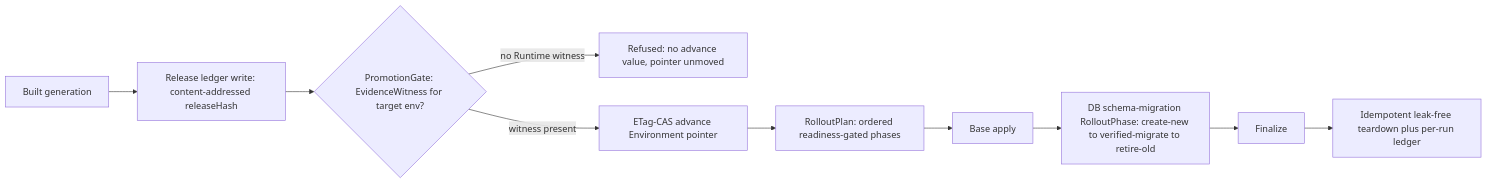
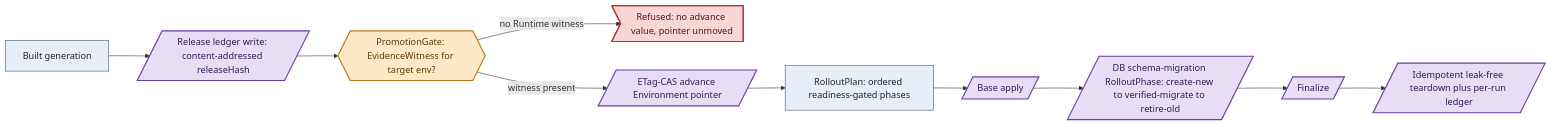
The diagram in DEVELOPMENT_PLAN/phase_30_release_lifecycle.md (Tuee22/amoebius), drawn with Mermaid before and after one commit. The commit also changed other lines of this file and 36 other files, not shown here.

````diff
--- a/DEVELOPMENT_PLAN/phase_30_release_lifecycle.md
+++ b/DEVELOPMENT_PLAN/phase_30_release_lifecycle.md
@@ -149,12 +151,16 @@
 ```mermaid
 flowchart LR
-  build[Built generation] --> ledger[Release ledger write: content-addressed releaseHash]
-  ledger --> gate{PromotionGate: EvidenceWitness for target env?}
-  gate -->|no Runtime witness| refuse[Refused: no advance value, pointer unmoved]
-  gate -->|witness present| cas[ETag-CAS advance Environment pointer]
-  cas --> plan[RolloutPlan: ordered readiness-gated phases]
-  plan --> p1[Base apply]
-  p1 --> p2[DB schema-migration RolloutPhase: create-new to verified-migrate to retire-old]
-  p2 --> p3[Finalize]
-  p3 --> teardown[Idempotent leak-free teardown plus per-run ledger]
+  build[Built generation]:::intent --> ledger[/Release ledger write: content-addressed releaseHash/]:::effect
+  ledger --> gate{{PromotionGate: EvidenceWitness for target env?}}:::gate
+  gate -->|no Runtime witness| refuse>Refused: no advance value, pointer unmoved]:::refuse
+  gate -->|witness present| cas[/ETag-CAS advance Environment pointer/]:::effect
+  cas --> plan[RolloutPlan: ordered readiness-gated phases]:::intent
+  plan --> p1[/Base apply/]:::effect
+  p1 --> p2[/DB schema-migration RolloutPhase: create-new to verified-migrate to retire-old/]:::effect
+  p2 --> p3[/Finalize/]:::effect
+  p3 --> teardown[/Idempotent leak-free teardown plus per-run ledger/]:::effect
+  classDef intent   fill:#e8eef7,stroke:#33587a,color:#12283f,stroke-width:1px
+  classDef gate     fill:#fde9c8,stroke:#b8791b,color:#5c3a06,stroke-width:2px
+  classDef effect   fill:#e7ddf5,stroke:#6b3fa0,color:#2f1a52,stroke-width:2px
+  classDef refuse   fill:#f8d6d6,stroke:#b23636,color:#5c1414,stroke-width:2px
 ```
````
